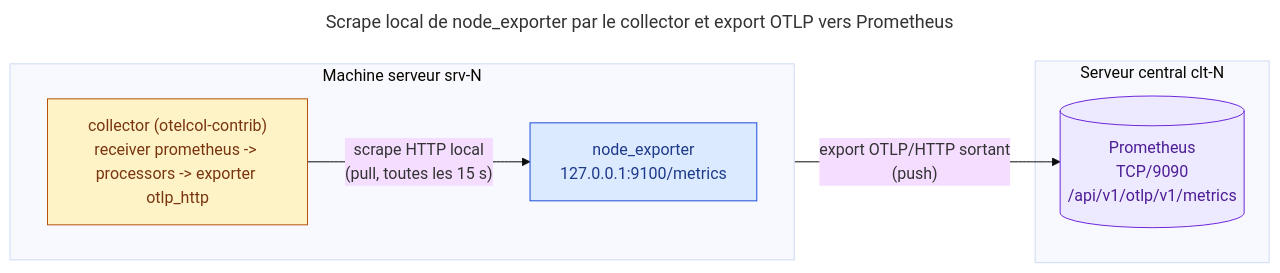
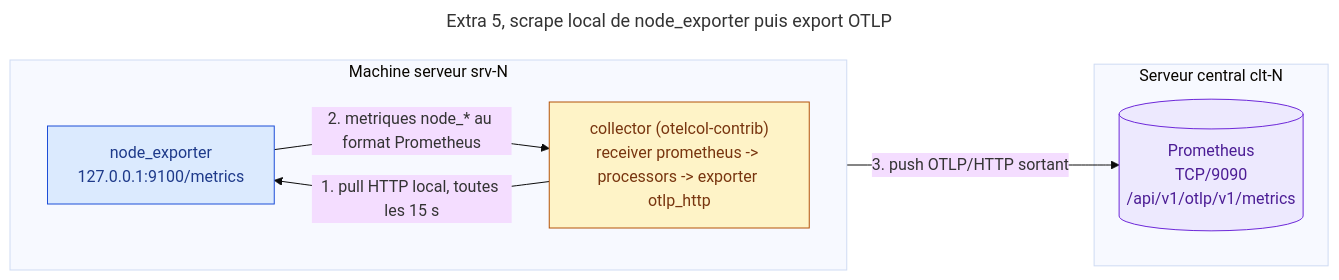
Before and after one commit to pragmatic-fermat/opentelemetry-labs: diagram 14 of 14 in Lab_04_Ansible_Jinja2.md, drawn with Mermaid (base theme). The commit also changed other lines of this file, not shown here.

First line of the commit message:
lab 4 : reprise des schemas Mermaid et ajouts pour la comprehension

````diff
--- a/Lab_04_Ansible_Jinja2.md
+++ b/Lab_04_Ansible_Jinja2.md
@@ -1662,26 +1829,27 @@
 ```mermaid
 ---
-title: Scrape local de node_exporter par le collector et export OTLP vers Prometheus
+title: Extra 5, scrape local de node_exporter puis export OTLP
 ---
 flowchart LR
   subgraph SRV["Machine serveur srv-N"]
     direction LR
     NE["node_exporter<br/>127.0.0.1:9100/metrics"]
     COL["collector (otelcol-contrib)<br/>receiver prometheus -> processors -> exporter otlp_http"]
-    COL -->|"scrape HTTP local<br/>(pull, toutes les 15 s)"| NE
+    COL -->|"1. pull HTTP local, toutes les 15 s"| NE
+    NE -->|"2. metriques node_* au format Prometheus"| COL
   end
 
   subgraph CLT["Serveur central clt-N"]
     PROM[("Prometheus<br/>TCP/9090<br/>/api/v1/otlp/v1/metrics")]
   end
 
-  COL -->|"export OTLP/HTTP sortant<br/>(push)"| PROM
+  COL -->|"3. push OTLP/HTTP sortant"| PROM
 
   classDef exporter fill:#dbeafe,stroke:#1d4ed8,color:#1e3a8a
   classDef collector fill:#fef3c7,stroke:#b45309,color:#78350f
   classDef backend fill:#ede9fe,stroke:#6d28d9,color:#4c1d95
 
   class NE exporter
   class COL collector
   class PROM backend
 ```
````
